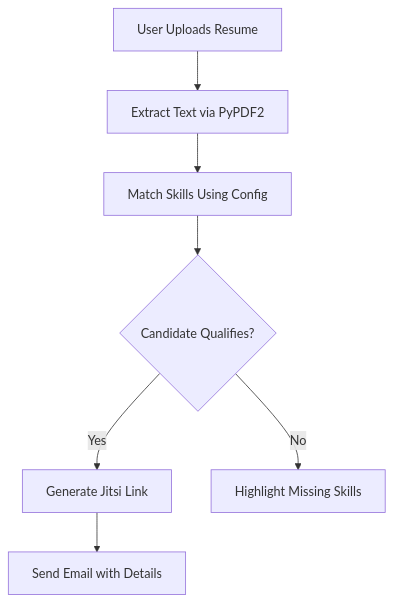
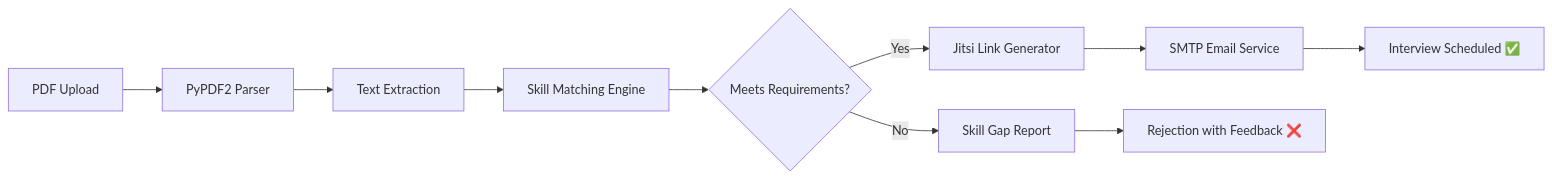
The diagram in README.md (hajarezzine/AI-Powered-Recruitment-Assistant), drawn with Mermaid before and after one commit. The commit also changed other lines of this file, not shown here.

````diff
--- a/README.md
+++ b/README.md
@@ -161,9 +28,12 @@
 ```mermaid
-graph TD
-    A[User Uploads Resume] --> B[Extract Text via PyPDF2]
-    B --> C[Match Skills Using Config]
-    C --> D{Candidate Qualifies?}
-    D -- Yes --> E[Generate Jitsi Link]
-    E --> F[Send Email with Details]
-    D -- No --> G[Highlight Missing Skills]
+graph LR
+    A[PDF Upload] --> B[PyPDF2 Parser]
+    B --> C[Text Extraction]
+    C --> D[Skill Matching Engine]
+    D --> E{Meets Requirements?}
+    E -->|Yes| F[Jitsi Link Generator]
+    E -->|No| G[Skill Gap Report]
+    F --> H[SMTP Email Service]
+    H --> I[Interview Scheduled ✅]
+    G --> J[Rejection with Feedback ❌]
 ```
````
